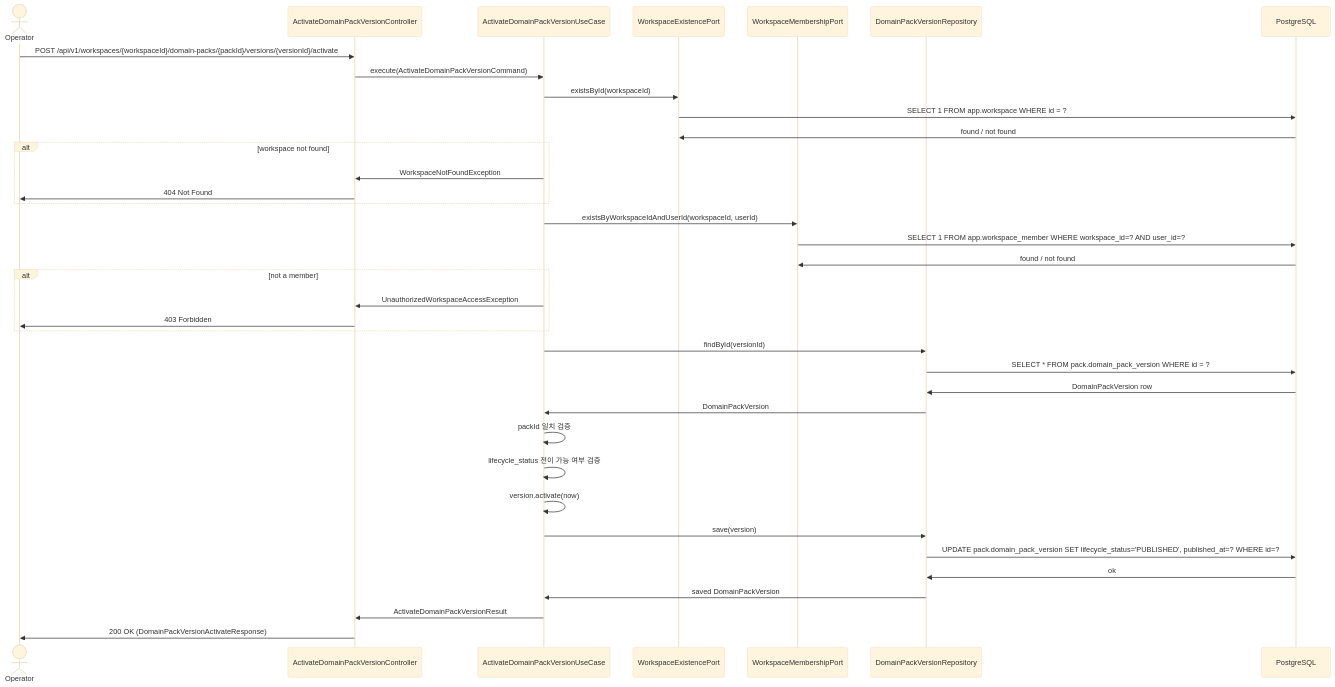
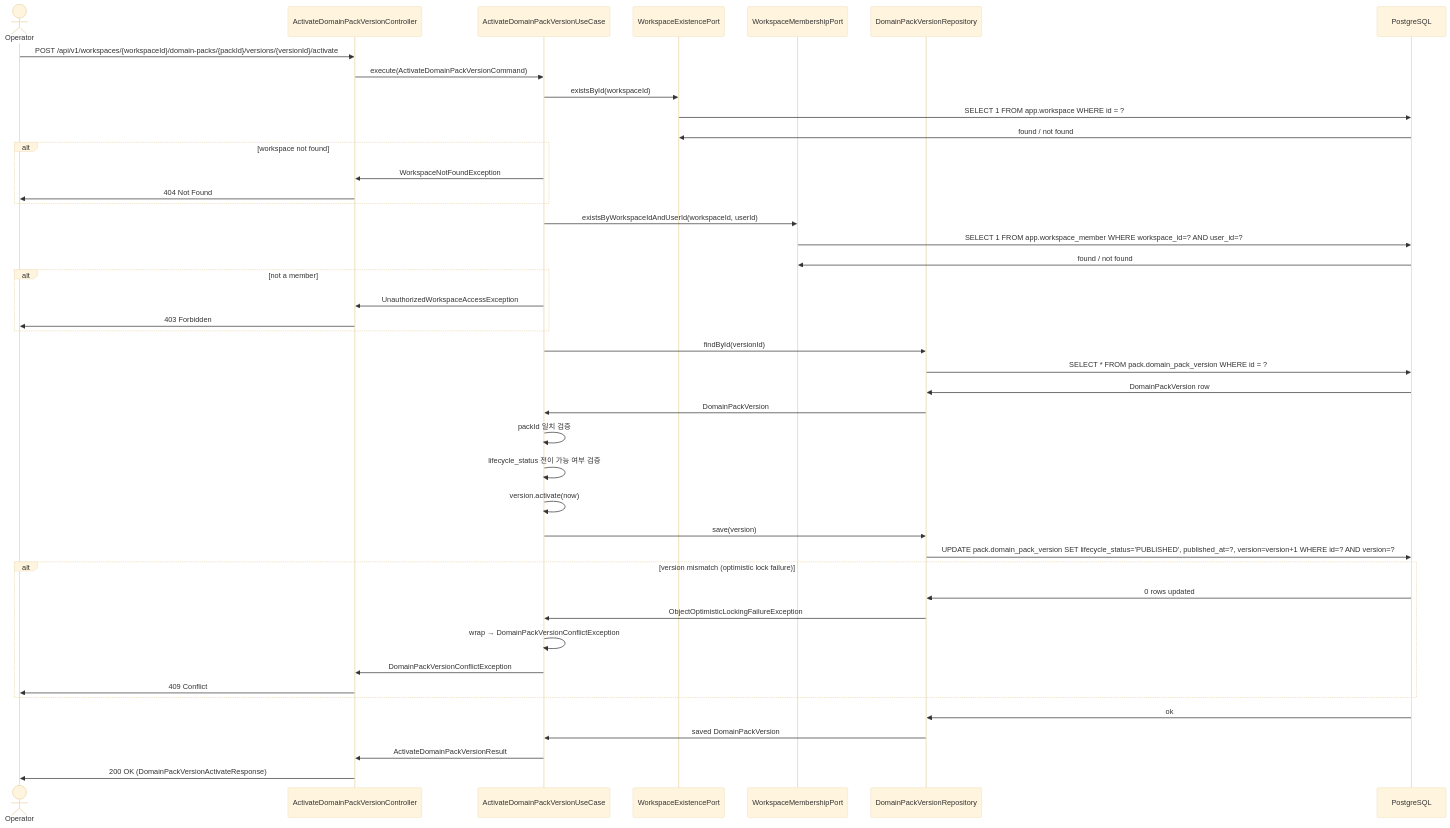
Before and after one commit to ajou-2026-1-capstone-5/ostone: the first of 2 diagrams in .agent/specs/332.md, drawn with Mermaid (base theme). The commit also changed other lines of this file, not shown here.

First line of the commit message:
docs(domainpack): reflect optimistic locking in spec-332 sql and exception flow

````diff
--- a/.agent/specs/332.md
+++ b/.agent/specs/332.md
@@ -18,43 +18,50 @@
 ```mermaid
 sequenceDiagram
     actor op as Operator
     participant ctrl as ActivateDomainPackVersionController
     participant uc as ActivateDomainPackVersionUseCase
     participant wsPort as WorkspaceExistencePort
     participant memberPort as WorkspaceMembershipPort
     participant repo as DomainPackVersionRepository
     participant db as PostgreSQL
 
     op ->> ctrl: POST /api/v1/workspaces/{workspaceId}/domain-packs/{packId}/versions/{versionId}/activate
     ctrl ->> uc: execute(ActivateDomainPackVersionCommand)
 
     uc ->> wsPort: existsById(workspaceId)
     wsPort ->> db: SELECT 1 FROM app.workspace WHERE id = ?
     db ->> wsPort: found / not found
     alt workspace not found
         uc ->> ctrl: WorkspaceNotFoundException
         ctrl ->> op: 404 Not Found
     end
 
     uc ->> memberPort: existsByWorkspaceIdAndUserId(workspaceId, userId)
     memberPort ->> db: SELECT 1 FROM app.workspace_member WHERE workspace_id=? AND user_id=?
     db ->> memberPort: found / not found
     alt not a member
         uc ->> ctrl: UnauthorizedWorkspaceAccessException
         ctrl ->> op: 403 Forbidden
     end
 
     uc ->> repo: findById(versionId)
     repo ->> db: SELECT * FROM pack.domain_pack_version WHERE id = ?
     db ->> repo: DomainPackVersion row
     repo ->> uc: DomainPackVersion
     uc ->> uc: packId 일치 검증
     uc ->> uc: lifecycle_status 전이 가능 여부 검증
     uc ->> uc: version.activate(now)
     uc ->> repo: save(version)
-    repo ->> db: UPDATE pack.domain_pack_version SET lifecycle_status='PUBLISHED', published_at=? WHERE id=?
+    repo ->> db: UPDATE pack.domain_pack_version SET lifecycle_status='PUBLISHED', published_at=?, version=version+1 WHERE id=? AND version=?
+    alt version mismatch (optimistic lock failure)
+        db ->> repo: 0 rows updated
+        repo ->> uc: ObjectOptimisticLockingFailureException
+        uc ->> uc: wrap → DomainPackVersionConflictException
+        uc ->> ctrl: DomainPackVersionConflictException
+        ctrl ->> op: 409 Conflict
+    end
     db ->> repo: ok
     repo ->> uc: saved DomainPackVersion
     uc ->> ctrl: ActivateDomainPackVersionResult
     ctrl ->> op: 200 OK (DomainPackVersionActivateResponse)
 ```
````
